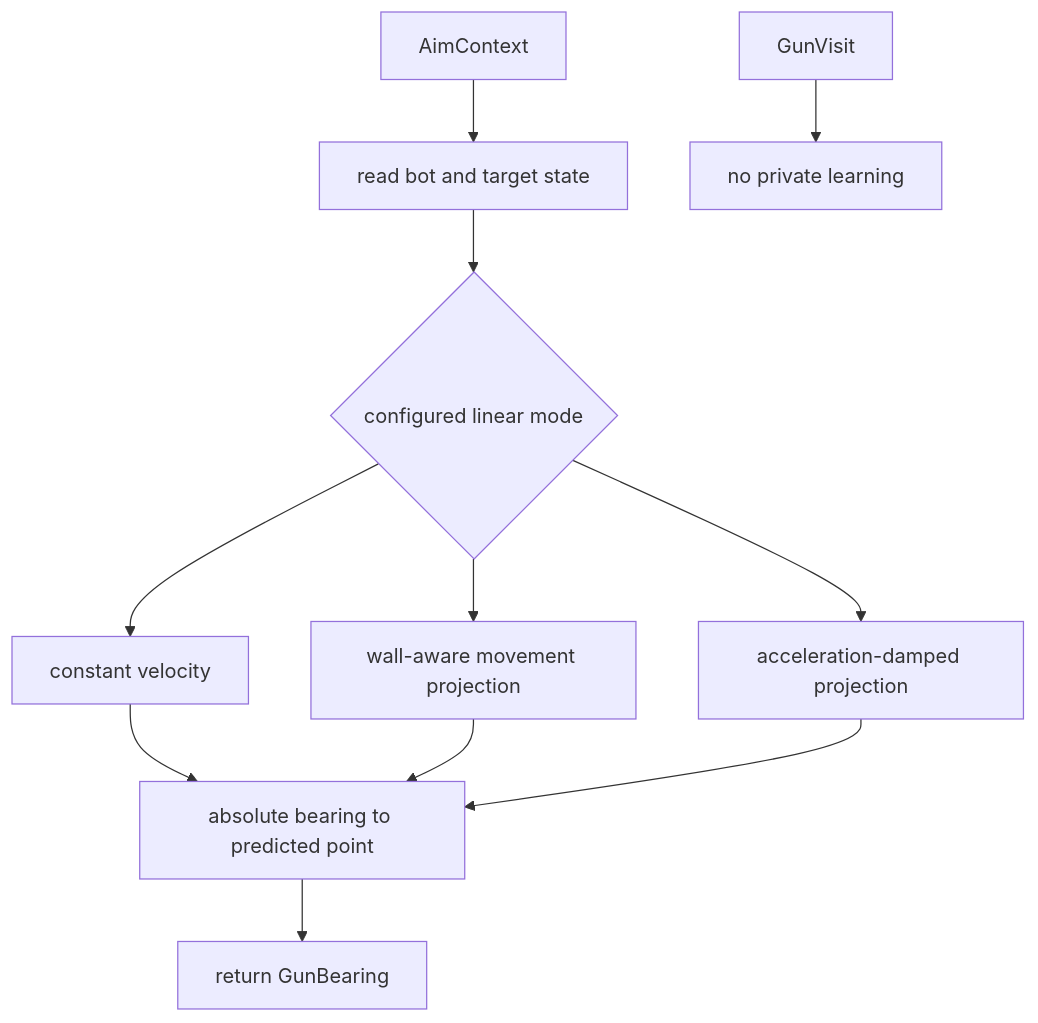
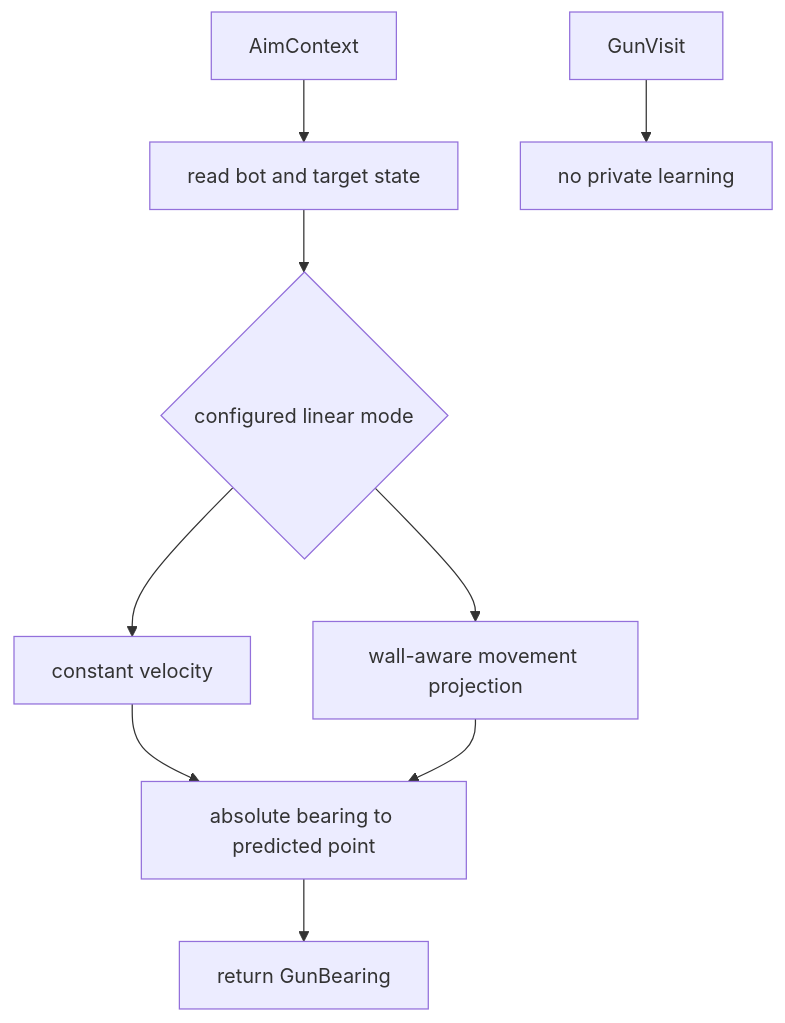
The diagram in bots/bot_core/gun/guns/linear/README.md (fduch-stranger/robocode-bot), drawn with Mermaid before and after one commit. The commit also changed other lines of this file and 14 other files, not shown here.

````diff
--- a/bots/bot_core/gun/guns/linear/README.md
+++ b/bots/bot_core/gun/guns/linear/README.md
@@ -28,13 +27,11 @@
 ```mermaid
 flowchart TD
     A["AimContext"] --> B["read bot and target state"]
     B --> C{"configured linear mode"}
     C --> D["constant velocity"]
     C --> E["wall-aware movement projection"]
-    C --> F["acceleration-damped projection"]
     D --> G["absolute bearing to predicted point"]
     E --> G
-    F --> G
     G --> H["return GunBearing"]
     I["GunVisit"] --> J["no private learning"]
 ```
````
